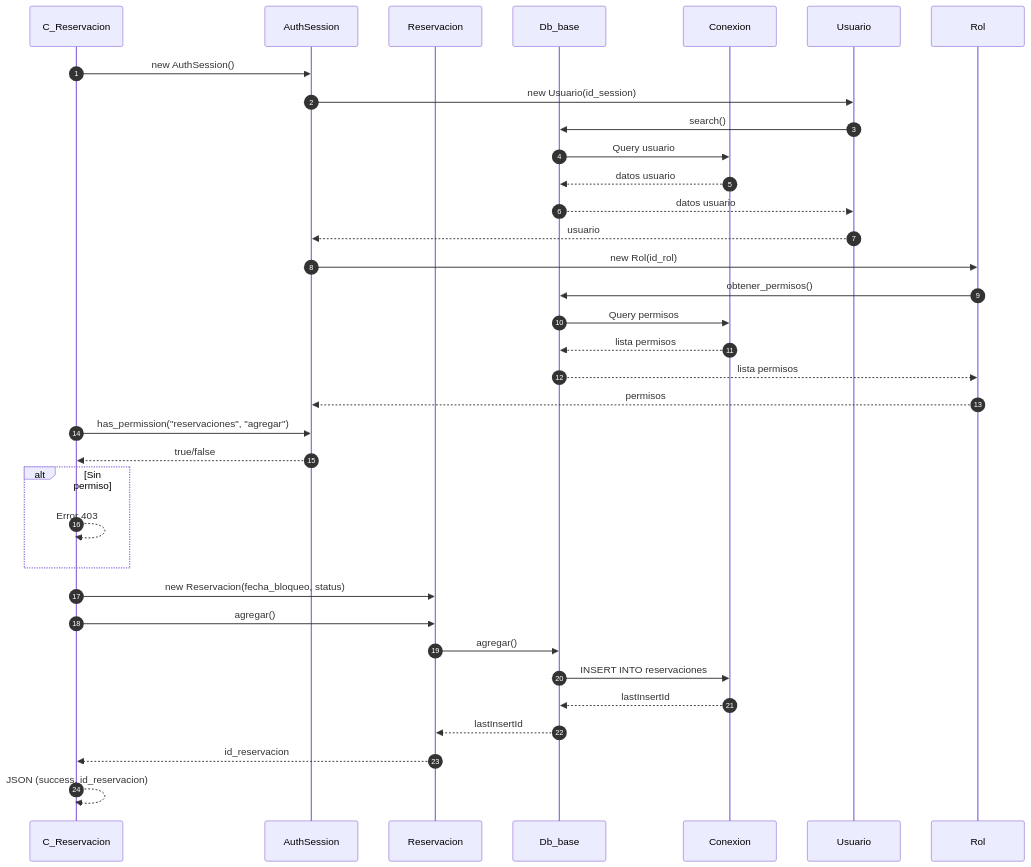
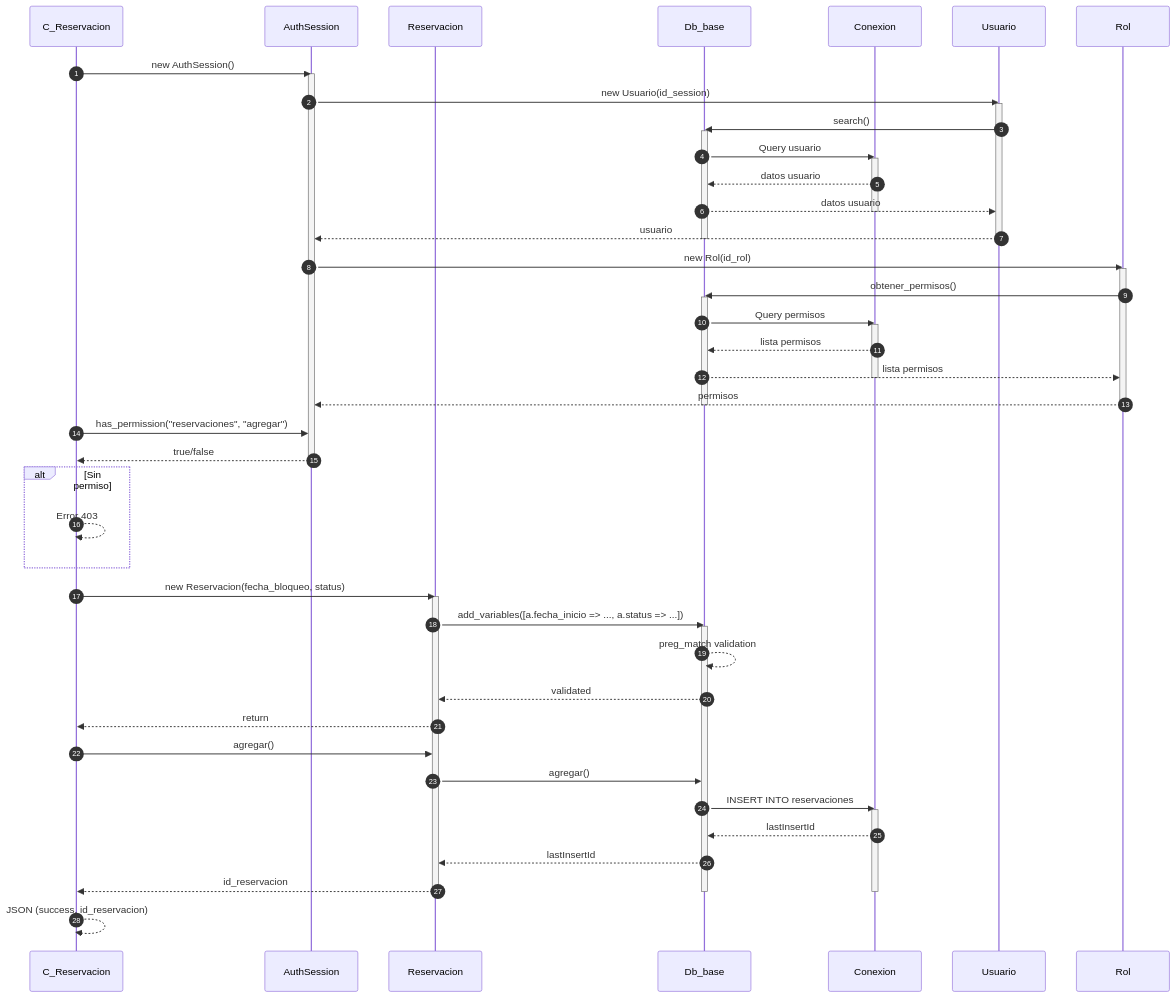
The fourth of 4 diagrams in docs/secuencia/reservaciones/reservaciones.md (Tecrato/BurgerHouse), drawn with Mermaid before and after one commit. The commit also changed other lines of this file and 16 other files, not shown here.

First line of the commit message:
Annotate mermaid sequences & throttle generator

````diff
--- a/docs/secuencia/reservaciones/reservaciones.md
+++ b/docs/secuencia/reservaciones/reservaciones.md
@@ -163,41 +257,65 @@
 ```mermaid
 sequenceDiagram
     autonumber
     participant C_Reservacion as C_Reservacion
     participant AuthSession as AuthSession
     participant Reservacion as Reservacion
     participant Db_base as Db_base
     participant Conexion as Conexion
     
     C_Reservacion->>AuthSession: new AuthSession()
+    activate AuthSession
     AuthSession->>Usuario: new Usuario(id_session)
+    activate Usuario
     Usuario->>Db_base: search()
+    activate Db_base
     Db_base->>Conexion: Query usuario
+    activate Conexion
     Conexion-->>Db_base: datos usuario
     Db_base-->>Usuario: datos usuario
+    deactivate Conexion
     Usuario-->>AuthSession: usuario
+    deactivate Usuario
+    deactivate Db_base
     
     AuthSession->>Rol: new Rol(id_rol)
+    activate Rol
     Rol->>Db_base: obtener_permisos()
+    activate Db_base
     Db_base->>Conexion: Query permisos
+    activate Conexion
     Conexion-->>Db_base: lista permisos
     Db_base-->>Rol: lista permisos
+    deactivate Conexion
     Rol-->>AuthSession: permisos
+    deactivate Rol
+    deactivate Db_base
     
     C_Reservacion->>AuthSession: has_permission("reservaciones", "agregar")
     AuthSession-->>C_Reservacion: true/false
+    deactivate AuthSession
     
     alt Sin permiso
         C_Reservacion-->>C_Reservacion: Error 403
     end
     
     C_Reservacion->>Reservacion: new Reservacion(fecha_bloqueo, status)
+    activate Reservacion
+    Reservacion->>Db_base: add_variables([a.fecha_inicio => ..., a.status => ...])
+    activate Db_base
+    Db_base-->>Db_base: preg_match validation
+    Db_base-->>Reservacion: validated
+    Reservacion-->>C_Reservacion: return
     C_Reservacion->>Reservacion: agregar()
     Reservacion->>Db_base: agregar()
     Db_base->>Conexion: INSERT INTO reservaciones
+    activate Conexion
     Conexion-->>Db_base: lastInsertId
     Db_base-->>Reservacion: lastInsertId
     Reservacion-->>C_Reservacion: id_reservacion
+    deactivate Reservacion
+    deactivate Conexion
+    deactivate Db_base
     
     C_Reservacion-->>C_Reservacion: JSON (success, id_reservacion)
 ```
````
